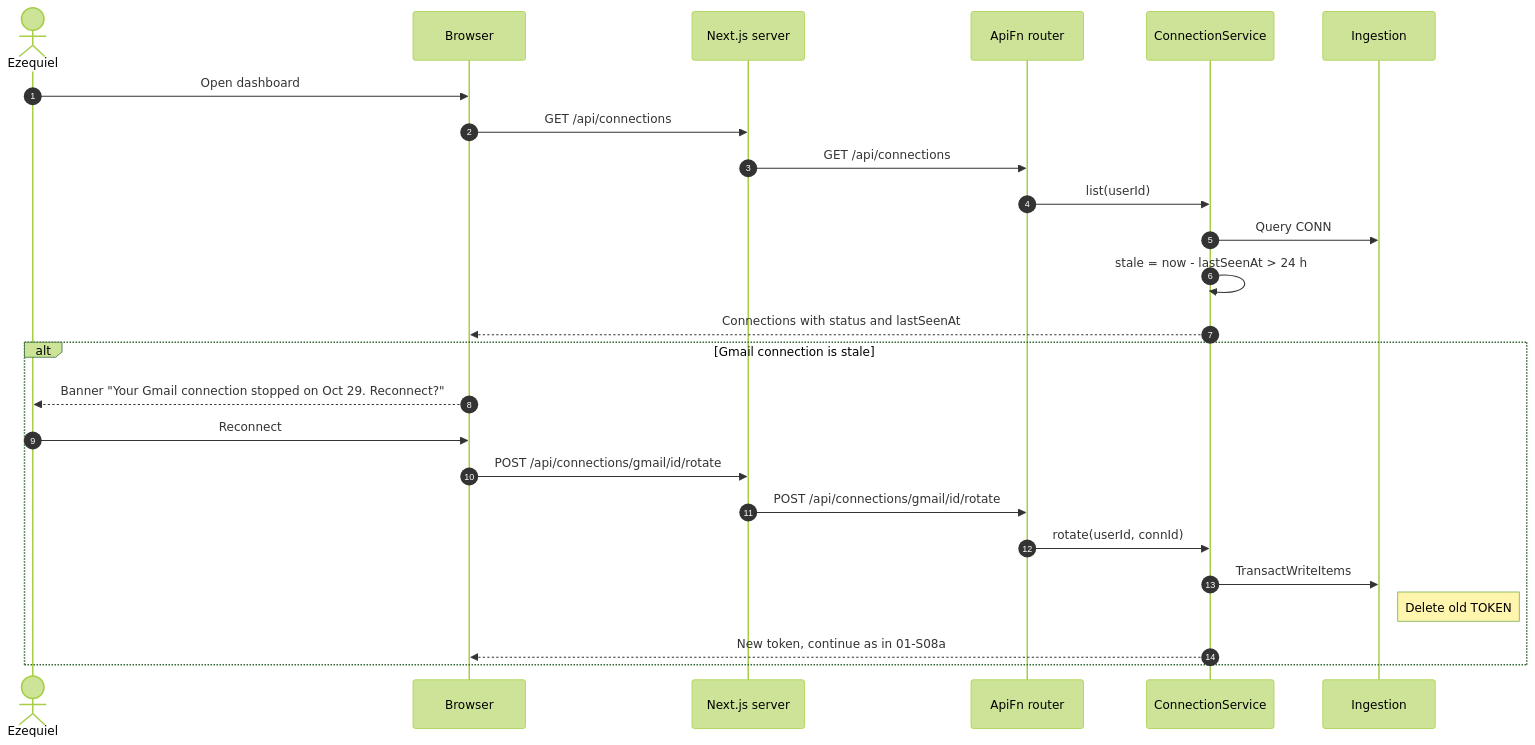
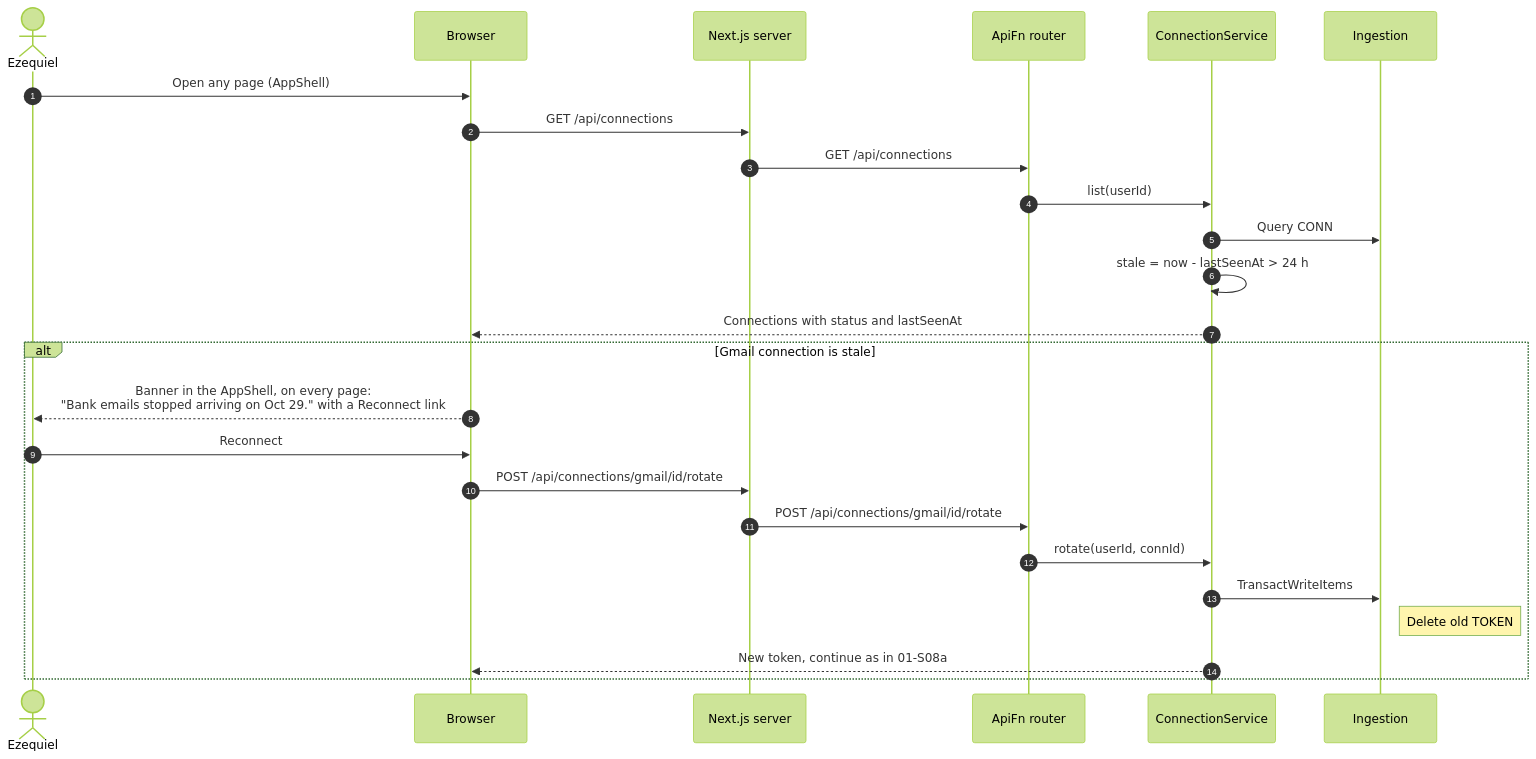
The ninth of 9 diagrams in docs/diagrams/sequences/01-accounts-and-ingestion.md (Ezequiel294/cs3365-finance-app), drawn with Mermaid (forest theme) before and after one commit. The commit also changed other lines of this file and 18 other files, not shown here.

Commit message:
attempt 3 design/architecture changes

````diff
--- a/docs/diagrams/sequences/01-accounts-and-ingestion.md
+++ b/docs/diagrams/sequences/01-accounts-and-ingestion.md
@@ -446,28 +454,28 @@
 ```mermaid
 sequenceDiagram
     autonumber
     actor U as Ezequiel
     participant UI as Browser
     participant Web as Next.js server
     participant API as ApiFn router
     participant CS as ConnectionService
     participant Ing as Ingestion
 
-    U->>UI: Open dashboard
+    U->>UI: Open any page (AppShell)
     UI->>Web: GET /api/connections
     Web->>API: GET /api/connections
     API->>CS: list(userId)
     CS->>Ing: Query CONN#
     CS->>CS: stale = now - lastSeenAt > 24 h
     CS-->>UI: Connections with status and lastSeenAt
     alt Gmail connection is stale
-        UI-->>U: Banner "Your Gmail connection stopped on Oct 29. Reconnect?"
+        UI-->>U: Banner in the AppShell, on every page:<br/>"Bank emails stopped arriving on Oct 29." with a Reconnect link
         U->>UI: Reconnect
         UI->>Web: POST /api/connections/gmail/id/rotate
         Web->>API: POST /api/connections/gmail/id/rotate
         API->>CS: rotate(userId, connId)
         CS->>Ing: TransactWriteItems
         Note right of Ing: Delete old TOKEN#hash, put new TOKEN#hash,<br/>set CONN# PENDING
         CS-->>UI: New token, continue as in 01-S08a
     end
 ```
````
